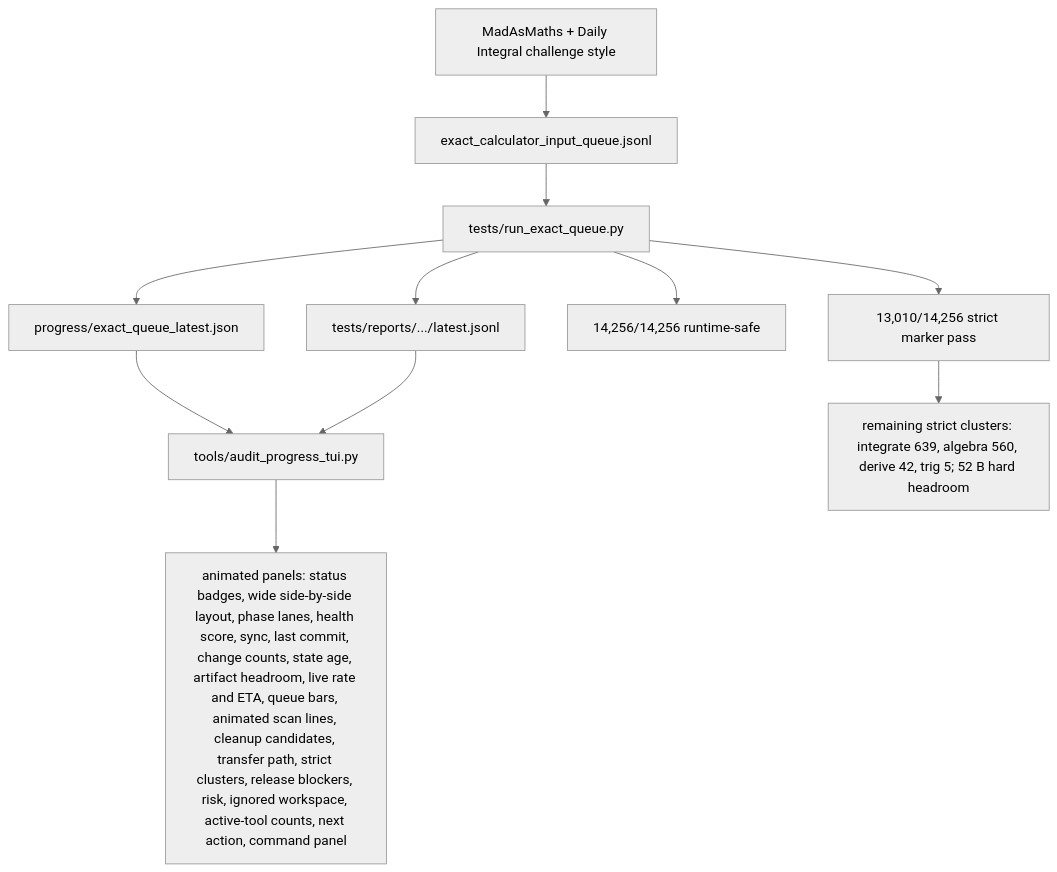
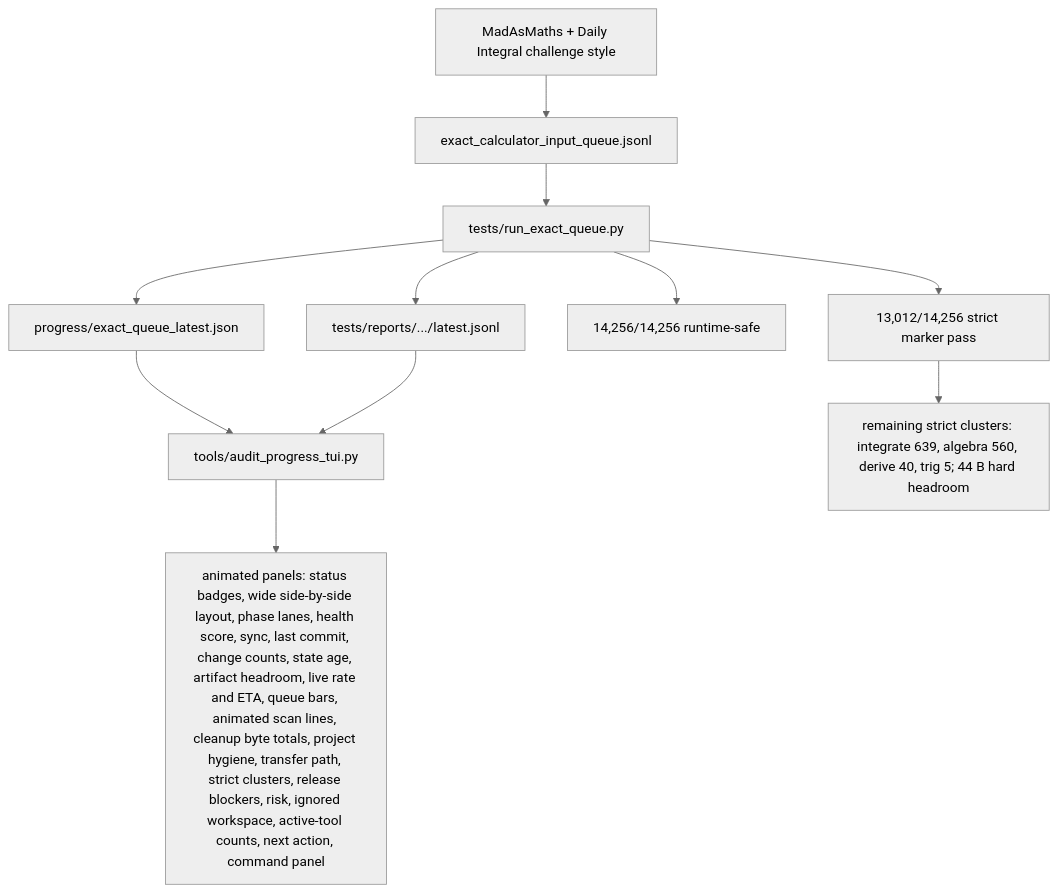
One commit to james8464/notes-addin-casio-fx-cg50 changed the fifth of 6 diagrams in docs/GRAPH.md. Above: the diagram before and after it, drawn with Mermaid (neutral theme). The commit also changed other lines of this file and 4 other files, not shown here.

````diff
--- a/docs/GRAPH.md
+++ b/docs/GRAPH.md
@@ -60,13 +60,13 @@
 ```mermaid
 graph TD
   Online["MadAsMaths + Daily Integral challenge style"] --> Queue["exact_calculator_input_queue.jsonl"]
   Queue --> Runner["tests/run_exact_queue.py"]
   Runner --> Live["progress/exact_queue_latest.json"]
   Runner --> Report["tests/reports/.../latest.jsonl"]
   Live --> TUI["tools/audit_progress_tui.py"]
   Report --> TUI
-  TUI --> Panels["animated panels: status badges, wide side-by-side layout, phase lanes, health score, sync, last commit, change counts, state age, artifact headroom, live rate and ETA, queue bars, animated scan lines, cleanup candidates, transfer path, strict clusters, release blockers, risk, ignored workspace, active-tool counts, next action, command panel"]
+  TUI --> Panels["animated panels: status badges, wide side-by-side layout, phase lanes, health score, sync, last commit, change counts, state age, artifact headroom, live rate and ETA, queue bars, animated scan lines, cleanup byte totals, project hygiene, transfer path, strict clusters, release blockers, risk, ignored workspace, active-tool counts, next action, command panel"]
   Runner --> Runtime["14,256/14,256 runtime-safe"]
-  Runner --> Strict["13,010/14,256 strict marker pass"]
-  Strict --> Remaining["remaining strict clusters: integrate 639, algebra 560, derive 42, trig 5; 52 B hard headroom"]
+  Runner --> Strict["13,012/14,256 strict marker pass"]
+  Strict --> Remaining["remaining strict clusters: integrate 639, algebra 560, derive 40, trig 5; 44 B hard headroom"]
 ```
````
